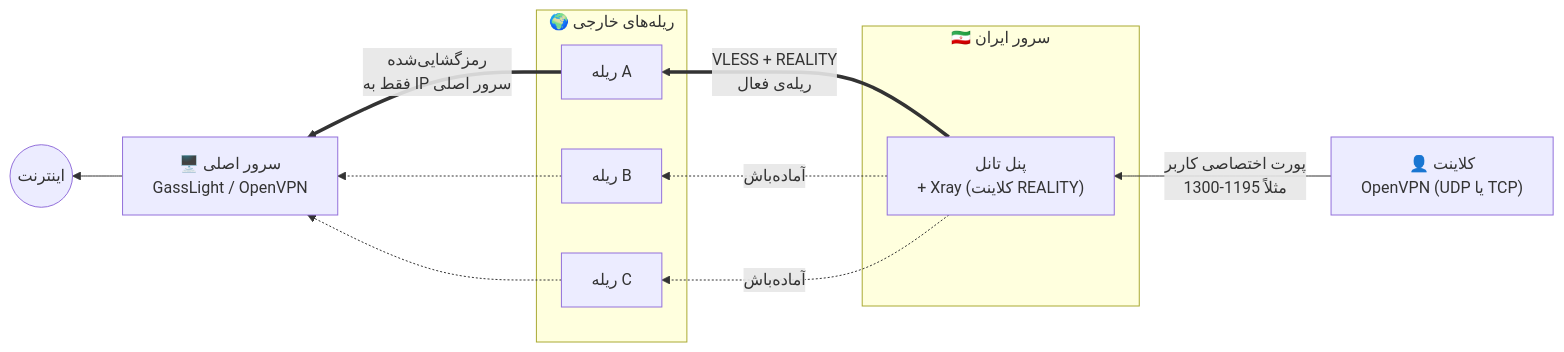
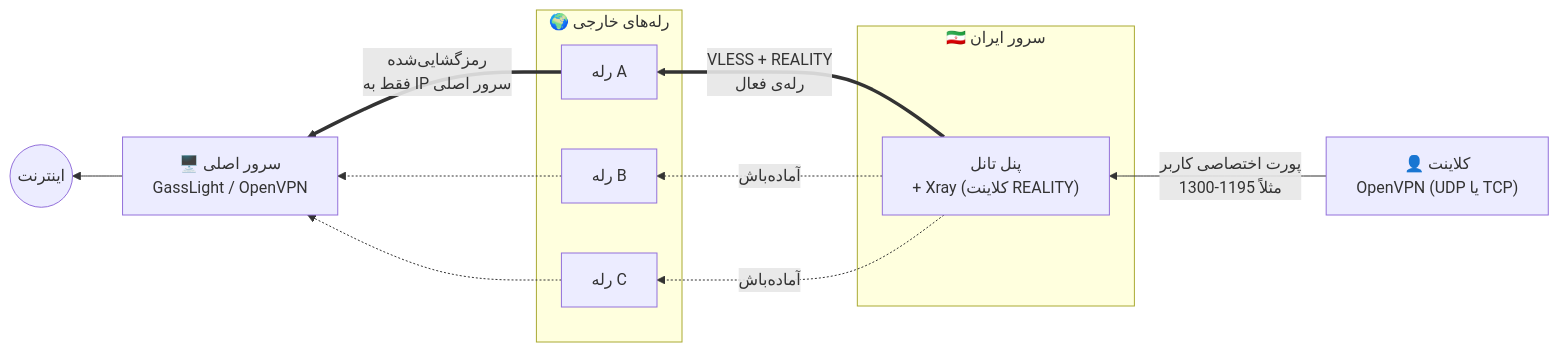
The first of 2 diagrams in overlay/README.fa.md (MahanAmini/openvpn), drawn with Mermaid before and after one commit. The commit also changed other lines of this file, not shown here.

````diff
--- a/overlay/README.fa.md
+++ b/overlay/README.fa.md
@@ -27,24 +27,24 @@
 ```mermaid
 flowchart RL
     C["👤 کلاینت<br/>OpenVPN (UDP یا TCP)"] -->|"پورت اختصاصی کاربر<br/>مثلاً 1195-1300"| I
 
     subgraph IR["🇮🇷 سرور ایران"]
         I["پنل تانل<br/>+ Xray (کلاینت REALITY)"]
     end
 
-    I ==>|"VLESS + REALITY<br/>ریله‌ی فعال"| RA
+    I ==>|"VLESS + REALITY<br/>رله‌ی فعال"| RA
     I -.->|"آماده‌باش"| RB
     I -.->|"آماده‌باش"| RC
 
-    subgraph FR["🌍 ریله‌های خارجی"]
-        RA["ریله A"]
-        RB["ریله B"]
-        RC["ریله C"]
+    subgraph FR["🌍 رله‌های خارجی"]
+        RA["رله A"]
+        RB["رله B"]
+        RC["رله C"]
     end
 
     RA ==>|"رمزگشایی‌شده<br/>فقط به IP سرور اصلی"| M
     RB -.-> M
     RC -.-> M
 
     M["🖥️ سرور اصلی<br/>GassLight / OpenVPN"] --> N(("اینترنت"))
 ```
````
